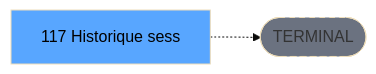
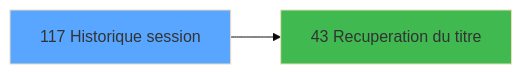
Before and after one commit to thonyAGP/magic-migration: the third of 3 diagrams in .openspec/specs/ADH-IDE-117.md, drawn with Mermaid (base theme). The commit also changed other lines of this file and 493 other files, not shown here.

````diff
--- a/.openspec/specs/ADH-IDE-117.md
+++ b/.openspec/specs/ADH-IDE-117.md
@@ -140,8 +191,8 @@
 ```mermaid
 graph LR
-    T[117 Historique sess]
-    TERM([TERMINAL])
-    T -.-> TERM
-    style TERM fill:#6b7280,stroke-dasharray: 5 5
-    style T fill:#58a6ff,color:#000
+    T117[117 Historique session]
+    style T117 fill:#58a6ff
+    C43[43 Recuperation du titre]
+    T117 --> C43
+    style C43 fill:#3fb950
 ```
````
